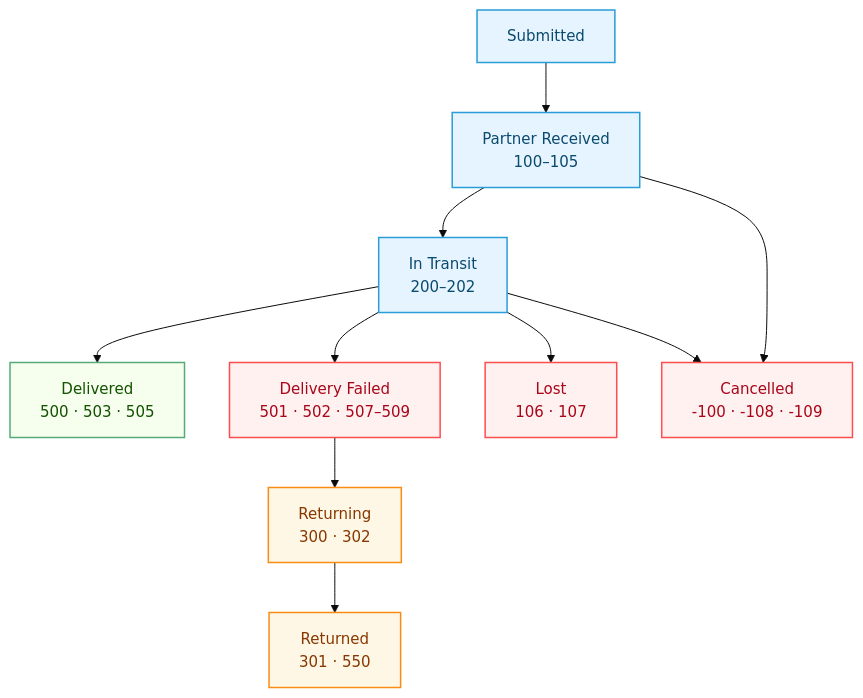
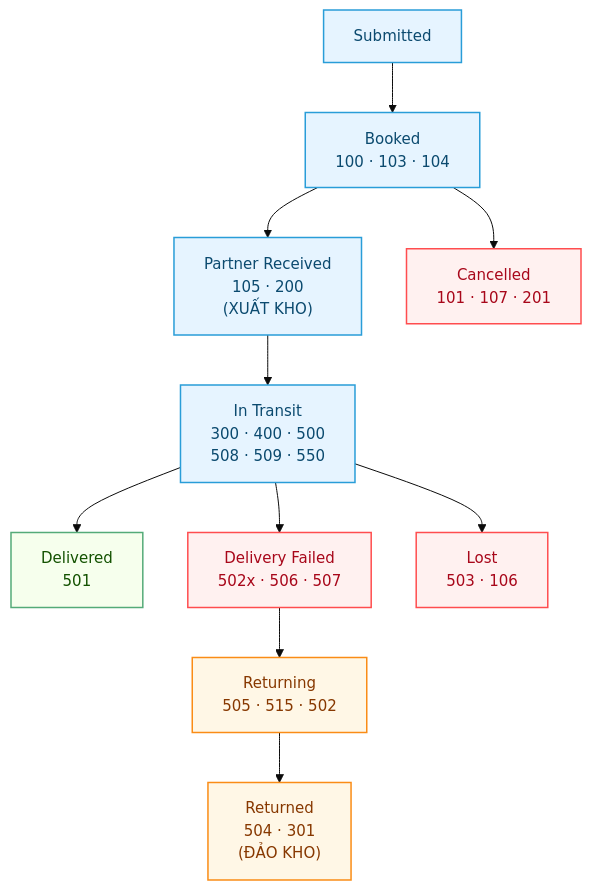
The fifth of 5 diagrams in tech/Delivery_Partner-Viettel_Post-Tech.md (CobeGroup/cobe_erp_documents), drawn with Mermaid before and after one commit. The commit also changed other lines of this file and 2 other files, not shown here.

````diff
--- a/tech/Delivery_Partner-Viettel_Post-Tech.md
+++ b/tech/Delivery_Partner-Viettel_Post-Tech.md
@@ -253,23 +296,23 @@
 ```mermaid
 %%{init: {'theme':'base','themeVariables':{'fontSize':'15px'},'flowchart':{'nodeSpacing':45,'rankSpacing':50}}}%%
 flowchart TD
   classDef process fill:#e6f4ff,stroke:#299dd8,stroke-width:1.5px,color:#0b4a6f;
   classDef good fill:#f6ffed,stroke:#54ab78,stroke-width:1.5px,color:#135200;
   classDef bad fill:#fff1f0,stroke:#ff4d4f,stroke-width:1.5px,color:#a8071a;
   classDef warn fill:#fff7e6,stroke:#fa8c16,stroke-width:1.5px,color:#873800;
 
-  S["Submitted"] --> P["Partner Received<br/>100–105"]
-  P --> T["In Transit<br/>200–202"]
-  T --> D["Delivered<br/>500 · 503 · 505"]
-  T --> F["Delivery Failed<br/>501 · 502 · 507–509"]
-  F --> R["Returning<br/>300 · 302"]
-  R --> RD["Returned<br/>301 · 550"]
-  T --> L["Lost<br/>106 · 107"]
-  P --> X["Cancelled<br/>-100 · -108 · -109"]
-  T --> X
+  S["Submitted"] --> B["Booked<br/>100 · 103 · 104"]
+  B --> P["Partner Received<br/>105 · 200<br/>(XUẤT KHO)"]
+  P --> T["In Transit<br/>300 · 400 · 500<br/>508 · 509 · 550"]
+  T --> D["Delivered<br/>501"]
+  T --> F["Delivery Failed<br/>502x · 506 · 507"]
+  F --> R["Returning<br/>505 · 515 · 502"]
+  R --> RD["Returned<br/>504 · 301<br/>(ĐẢO KHO)"]
+  T --> L["Lost<br/>503 · 106"]
+  B --> X["Cancelled<br/>101 · 107 · 201"]
 
-  class S,P,T process
+  class S,B,P,T process
   class D good
   class F,L,X bad
   class R,RD warn
 ```
````
